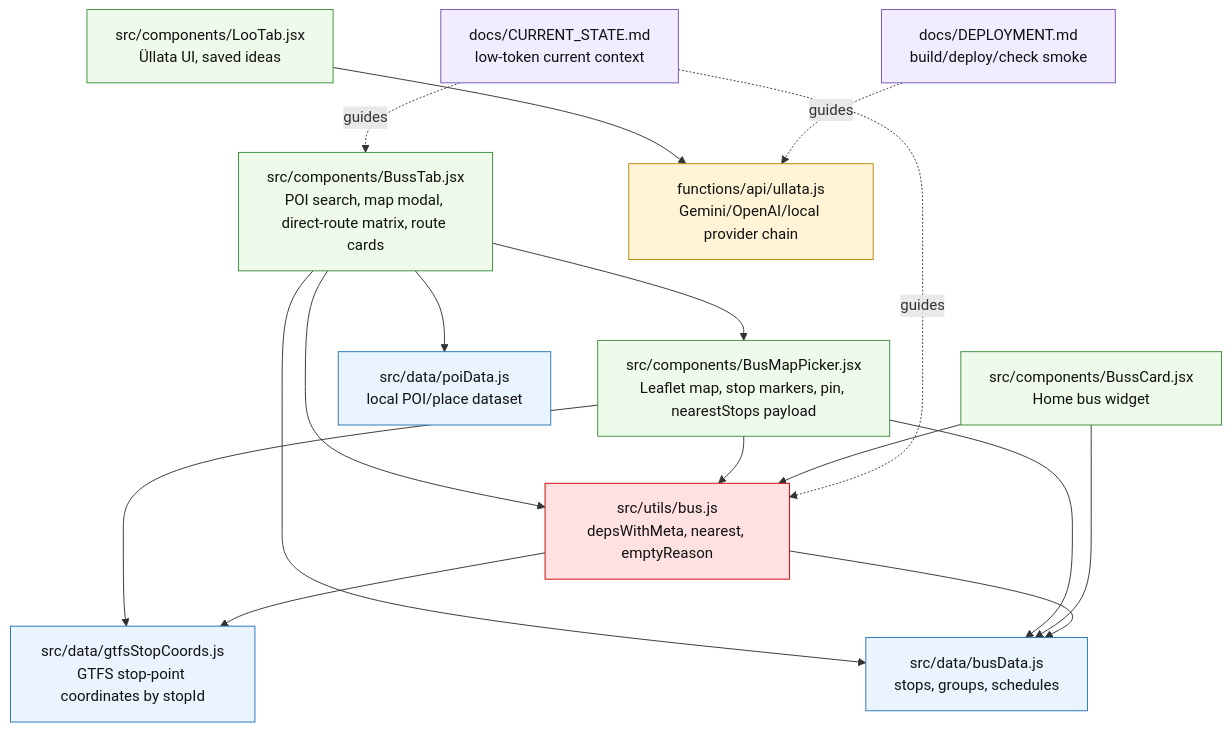
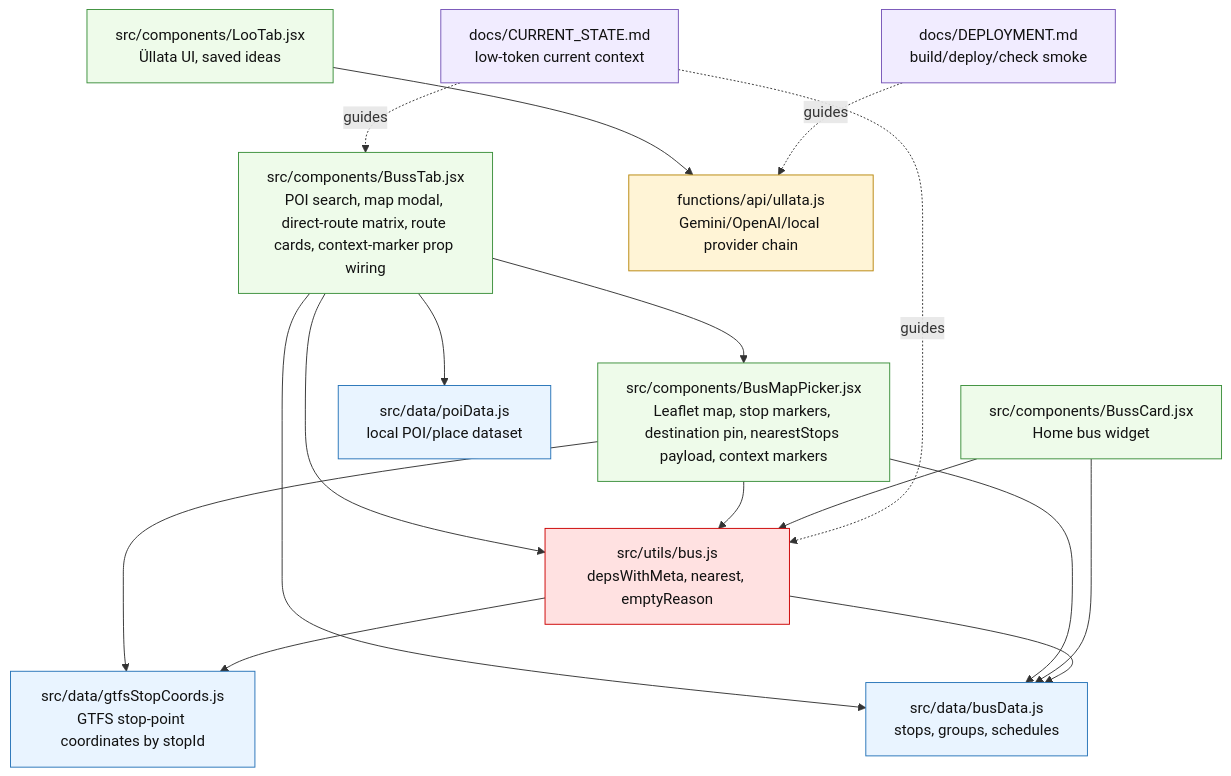
The first of 2 diagrams in docs/CODEBASE_IMPACT_MAP.md (Fuuduuu/AnniVibez), drawn with Mermaid before and after one commit. The commit also changed other lines of this file and 4 other files, not shown here.

Commit message:
docs: lock map context and line goals

````diff
--- a/docs/CODEBASE_IMPACT_MAP.md
+++ b/docs/CODEBASE_IMPACT_MAP.md
@@ -47,48 +47,48 @@
 ```mermaid
 flowchart TD
-    BussTab["src/components/BussTab.jsx<br/>POI search, map modal, direct-route matrix, route cards"]
-    BusMapPicker["src/components/BusMapPicker.jsx<br/>Leaflet map, stop markers, pin, nearestStops payload"]
+    BussTab["src/components/BussTab.jsx<br/>POI search, map modal, direct-route matrix, route cards, context-marker prop wiring"]
+    BusMapPicker["src/components/BusMapPicker.jsx<br/>Leaflet map, stop markers, destination pin, nearestStops payload, context markers"]
     BussCard["src/components/BussCard.jsx<br/>Home bus widget"]
     BusUtils["src/utils/bus.js<br/>depsWithMeta, nearest, emptyReason"]
     BusData["src/data/busData.js<br/>stops, groups, schedules"]
     GtfsCoords["src/data/gtfsStopCoords.js<br/>GTFS stop-point coordinates by stopId"]
     PoiData["src/data/poiData.js<br/>local POI/place dataset"]
     LooTab["src/components/LooTab.jsx<br/>Üllata UI, saved ideas"]
     Ullata["functions/api/ullata.js<br/>Gemini/OpenAI/local provider chain"]
     Deploy["docs/DEPLOYMENT.md<br/>build/deploy/check smoke"]
     State["docs/CURRENT_STATE.md<br/>low-token current context"]
 
     BussTab --> BusUtils
     BussTab --> BusMapPicker
     BussTab --> BusData
     BussTab --> PoiData
     BusMapPicker --> BusUtils
     BusMapPicker --> BusData
     BusMapPicker --> GtfsCoords
     BusUtils --> GtfsCoords
     BussCard --> BusUtils
     BussCard --> BusData
     BusUtils --> BusData
     LooTab --> Ullata
     State -. guides .-> BussTab
     State -. guides .-> BusUtils
     Deploy -. guides .-> Ullata
 
     classDef highRisk fill:#ffe1e1,stroke:#cc0000,color:#111;
     classDef data fill:#e9f4ff,stroke:#2673b8,color:#111;
     classDef ui fill:#eefbea,stroke:#3b8f3b,color:#111;
     classDef api fill:#fff4d6,stroke:#b8860b,color:#111;
     classDef docs fill:#f1ecff,stroke:#7654b8,color:#111;
 
     class BusUtils highRisk;
     class BusData data;
     class GtfsCoords data;
     class PoiData data;
     class BussTab ui;
     class BusMapPicker ui;
     class BussCard ui;
     class LooTab ui;
     class Ullata api;
     class Deploy docs;
     class State docs;
 ```
````
